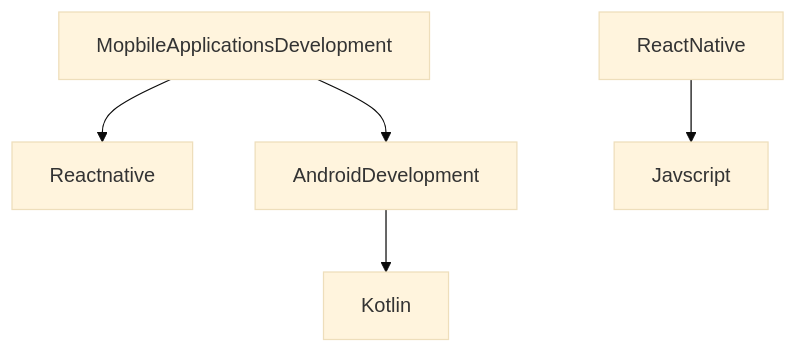
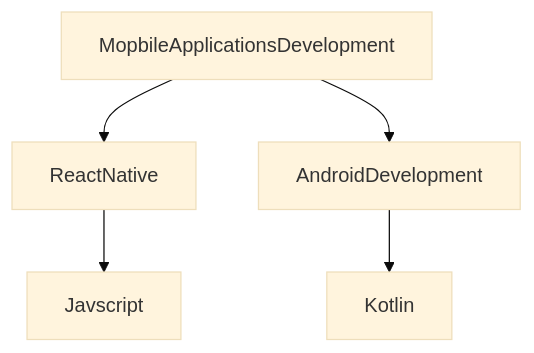
Before and after one commit to ahmedovich19/ahmedovich19: the diagram in README.md, drawn with Mermaid (base theme).

Commit message:
Correct spelling of 'Reactnative' to 'ReactNative'

````diff
--- a/README.md
+++ b/README.md
@@ -16,9 +16,9 @@
 ```mermaid
 graph TD;
-    MopbileApplicationsDevelopment --> Reactnative ;
+    MopbileApplicationsDevelopment --> ReactNative ;
     MopbileApplicationsDevelopment --> AndroidDevelopment ;
     ReactNative--> Javscript ;
     AndroidDevelopment--> Kotlin ;
   
 
 ```
````
